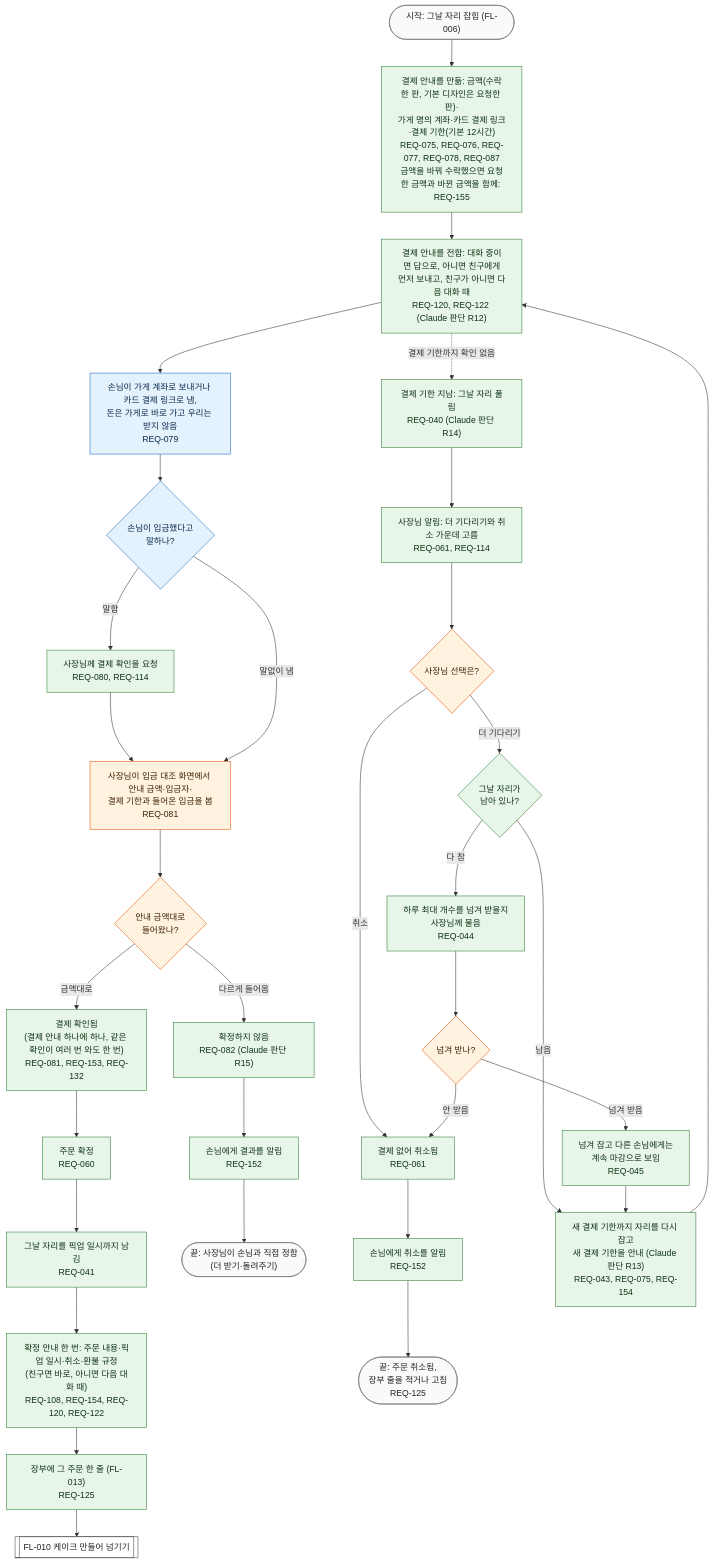
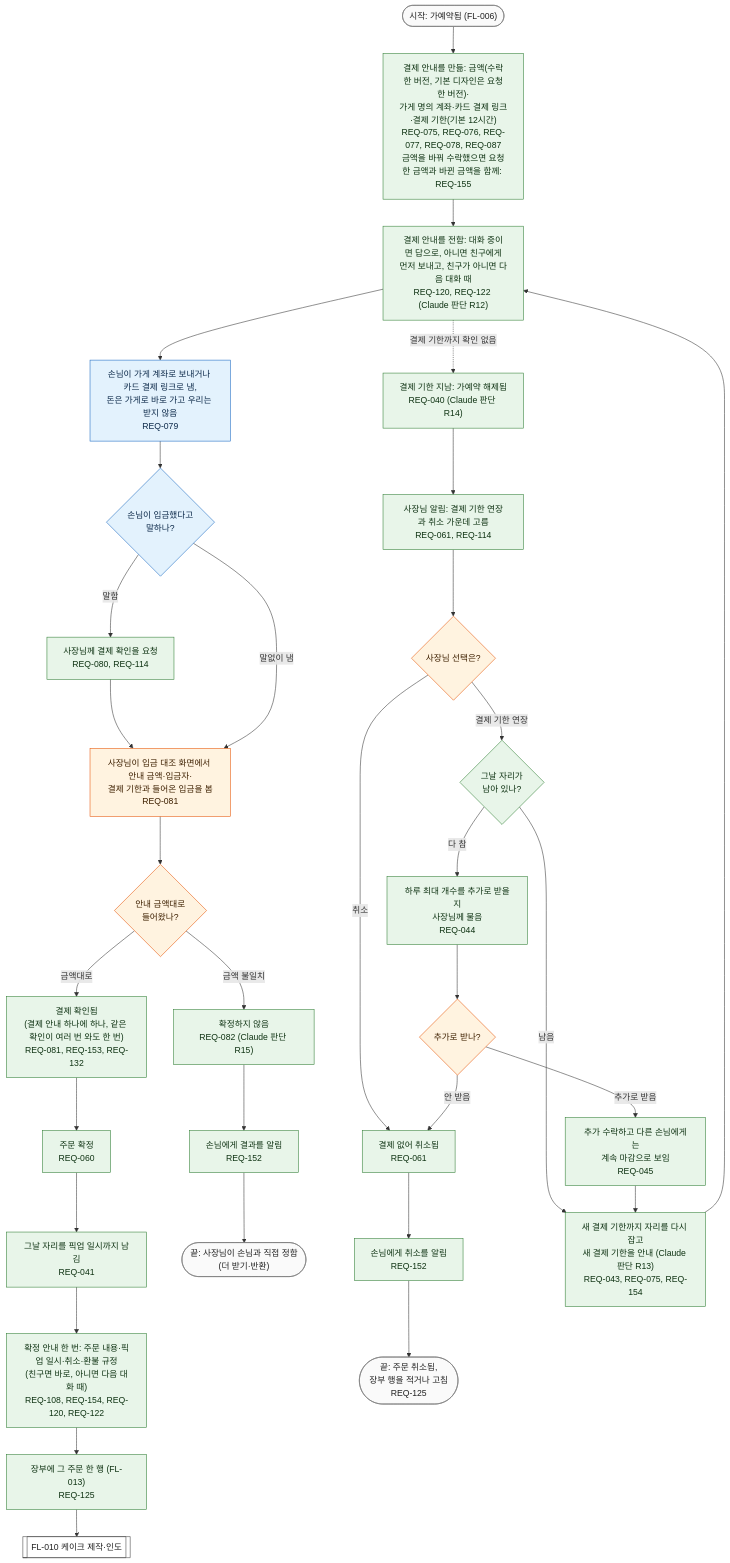
One commit to kodonghui/siljang.ai changed the diagram in docs/03-user-flow/FL-007-pay-and-confirm.md. Above: the diagram before and after it, drawn with Mermaid. The commit also changed other lines of this file and 55 other files, not shown here.

````diff
--- a/docs/03-user-flow/FL-007-pay-and-confirm.md
+++ b/docs/03-user-flow/FL-007-pay-and-confirm.md
@@ -18,57 +18,57 @@
 ```mermaid
 flowchart TD
-  S(["시작: 그날 자리 잡힘 (FL-006)"])
-  P1["결제 안내를 만듦: 금액(수락한 판, 기본 디자인은 요청한 판)·<br/>가게 명의 계좌·카드 결제 링크·결제 기한(기본 12시간)<br/>REQ-075, REQ-076, REQ-077, REQ-078, REQ-087<br/>금액을 바꿔 수락했으면 요청한 금액과 바뀐 금액을 함께: REQ-155"]
+  S(["시작: 가예약됨 (FL-006)"])
+  P1["결제 안내를 만듦: 금액(수락한 버전, 기본 디자인은 요청한 버전)·<br/>가게 명의 계좌·카드 결제 링크·결제 기한(기본 12시간)<br/>REQ-075, REQ-076, REQ-077, REQ-078, REQ-087<br/>금액을 바꿔 수락했으면 요청한 금액과 바뀐 금액을 함께: REQ-155"]
   P2["결제 안내를 전함: 대화 중이면 답으로, 아니면 친구에게<br/>먼저 보내고, 친구가 아니면 다음 대화 때<br/>REQ-120, REQ-122 (Claude 판단 R12)"]
   P3["손님이 가게 계좌로 보내거나 카드 결제 링크로 냄,<br/>돈은 가게로 바로 가고 우리는 받지 않음<br/>REQ-079"]
   D1{"손님이 입금했다고<br/>말하나?"}
   P4["사장님께 결제 확인을 요청<br/>REQ-080, REQ-114"]
   P5["사장님이 입금 대조 화면에서 안내 금액·입금자·<br/>결제 기한과 들어온 입금을 봄<br/>REQ-081"]
   D2{"안내 금액대로<br/>들어왔나?"}
   P6["결제 확인됨<br/>(결제 안내 하나에 하나, 같은 확인이 여러 번 와도 한 번)<br/>REQ-081, REQ-153, REQ-132"]
   P7["주문 확정<br/>REQ-060"]
   P8["그날 자리를 픽업 일시까지 남김<br/>REQ-041"]
   P9["확정 안내 한 번: 주문 내용·픽업 일시·취소·환불 규정<br/>(친구면 바로, 아니면 다음 대화 때)<br/>REQ-108, REQ-154, REQ-120, REQ-122"]
-  P10["장부에 그 주문 한 줄 (FL-013)<br/>REQ-125"]
-  F10[["FL-010 케이크 만들어 넘기기"]]
+  P10["장부에 그 주문 한 행 (FL-013)<br/>REQ-125"]
+  F10[["FL-010 케이크 제작·인도"]]
   P11["확정하지 않음<br/>REQ-082 (Claude 판단 R15)"]
   G2a["손님에게 결과를 알림<br/>REQ-152"]
-  E1(["끝: 사장님이 손님과 직접 정함<br/>(더 받기·돌려주기)"])
-  T1["결제 기한 지남: 그날 자리 풀림<br/>REQ-040 (Claude 판단 R14)"]
-  T2["사장님 알림: 더 기다리기와 취소 가운데 고름<br/>REQ-061, REQ-114"]
+  E1(["끝: 사장님이 손님과 직접 정함<br/>(더 받기·반환)"])
+  T1["결제 기한 지남: 가예약 해제됨<br/>REQ-040 (Claude 판단 R14)"]
+  T2["사장님 알림: 결제 기한 연장과 취소 가운데 고름<br/>REQ-061, REQ-114"]
   D3{"사장님 선택은?"}
   T3["결제 없어 취소됨<br/>REQ-061"]
   G2b["손님에게 취소를 알림<br/>REQ-152"]
-  E2(["끝: 주문 취소됨,<br/>장부 줄을 적거나 고침<br/>REQ-125"])
+  E2(["끝: 주문 취소됨,<br/>장부 행을 적거나 고침<br/>REQ-125"])
   D4{"그날 자리가<br/>남아 있나?"}
   T4["새 결제 기한까지 자리를 다시 잡고<br/>새 결제 기한을 안내 (Claude 판단 R13)<br/>REQ-043, REQ-075, REQ-154"]
-  T5["하루 최대 개수를 넘겨 받을지<br/>사장님께 물음<br/>REQ-044"]
-  D5{"넘겨 받나?"}
-  T6["넘겨 잡고 다른 손님에게는<br/>계속 마감으로 보임<br/>REQ-045"]
+  T5["하루 최대 개수를 추가로 받을지<br/>사장님께 물음<br/>REQ-044"]
+  D5{"추가로 받나?"}
+  T6["추가 수락하고 다른 손님에게는<br/>계속 마감으로 보임<br/>REQ-045"]
 
   S --> P1 --> P2 --> P3 --> D1
   D1 -->|"말함"| P4 --> P5
   D1 -->|"말없이 냄"| P5
   P5 --> D2
   D2 -->|"금액대로"| P6 --> P7 --> P8 --> P9 --> P10 --> F10
-  D2 -->|"다르게 들어옴"| P11 --> G2a --> E1
+  D2 -->|"금액 불일치"| P11 --> G2a --> E1
   P2 -.->|"결제 기한까지 확인 없음"| T1 --> T2 --> D3
   D3 -->|"취소"| T3 --> G2b --> E2
-  D3 -->|"더 기다리기"| D4
+  D3 -->|"결제 기한 연장"| D4
   D4 -->|"남음"| T4 --> P2
   D4 -->|"다 참"| T5 --> D5
-  D5 -->|"넘겨 받음"| T6 --> T4
+  D5 -->|"추가로 받음"| T6 --> T4
   D5 -->|"안 받음"| T3
 
   classDef cust fill:#e3f2fd,stroke:#1565c0,color:#0d2a4a
   classDef owner fill:#fff3e0,stroke:#e65100,color:#3e2000
   classDef svc fill:#e8f5e9,stroke:#2e7d32,color:#0f3313
   classDef gap fill:#fffde7,stroke:#f9a825,stroke-dasharray:5 5,color:#4a3b00
   classDef flow fill:#ffffff,stroke:#424242,color:#212121
   classDef term fill:#fafafa,stroke:#757575,color:#212121
   class P3,D1 cust
   class P5,D2,D3,D5 owner
   class P1,P2,P4,P6,P7,P8,P9,P10,P11,T1,T2,T3,D4,T4,T5,T6,G2a,G2b svc
   class F10 flow
   class S,E1,E2 term
 ```
````
